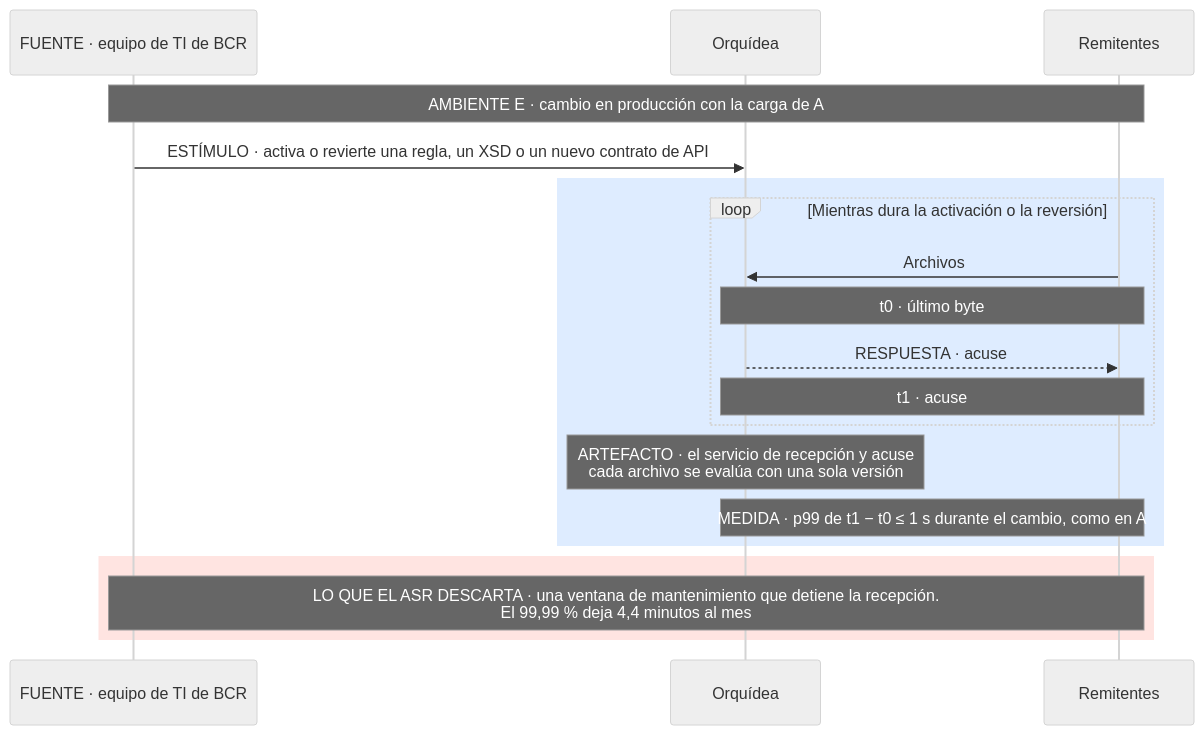
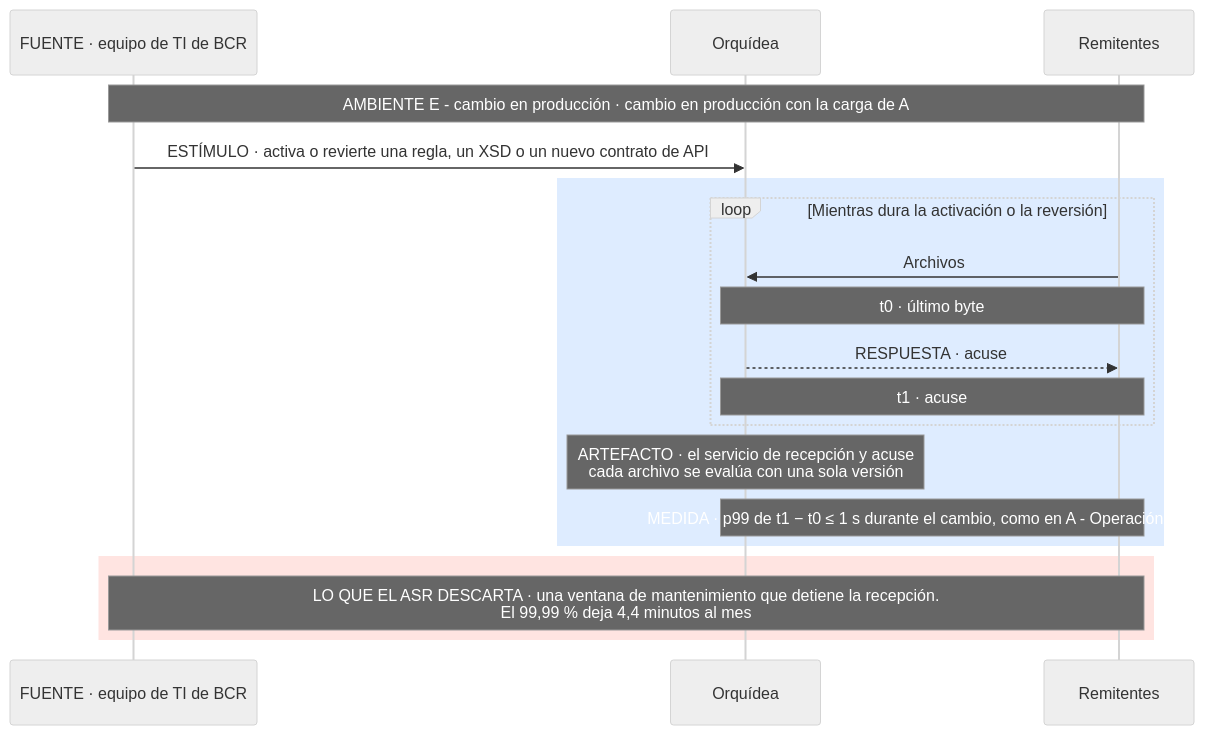
One commit to MATI-MBIT/arqsoft-reto-4 changed diagram 11 of 17 in docs/quality-attributes.md. Above: the diagram before and after it, drawn with Mermaid (neutral theme). The commit also changed other lines of this file and 6 other files, not shown here.

````diff
--- a/docs/quality-attributes.md
+++ b/docs/quality-attributes.md
@@ -535,21 +535,21 @@
 ```mermaid
 sequenceDiagram
     participant T as FUENTE · equipo de TI de BCR
     participant O as Orquídea
     participant R as Remitentes
-    Note over T,R: AMBIENTE E · cambio en producción con la carga de A
+    Note over T,R: AMBIENTE E - cambio en producción · cambio en producción con la carga de A
     T->>O: ESTÍMULO · activa o revierte una regla, un XSD o un nuevo contrato de API
     rect rgb(222, 236, 255)
     loop Mientras dura la activación o la reversión
         R->>O: Archivos
         Note over O,R: t0 · último byte
         O-->>R: RESPUESTA · acuse
         Note over O,R: t1 · acuse
     end
     Note over O: ARTEFACTO · el servicio de recepción y acuse<br/>cada archivo se evalúa con una sola versión
-    Note over O,R: MEDIDA · p99 de t1 − t0 ≤ 1 s durante el cambio, como en A
+    Note over O,R: MEDIDA · p99 de t1 − t0 ≤ 1 s durante el cambio, como en A - Operación normal
     end
     rect rgb(255, 228, 225)
     Note over T,R: LO QUE EL ASR DESCARTA · una ventana de mantenimiento que detiene la recepción.<br/>El 99,99 % deja 4,4 minutos al mes
     end
 ```
````
